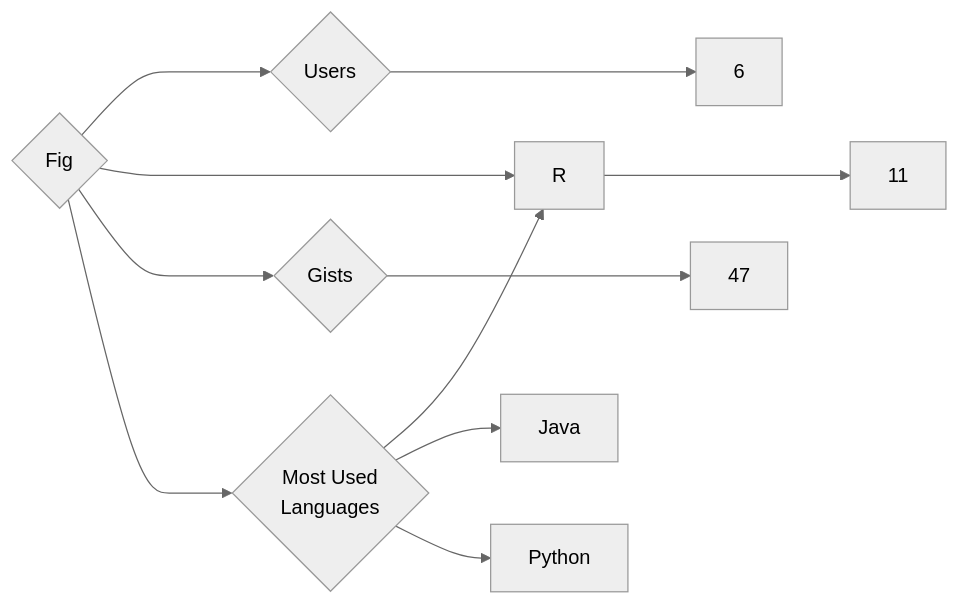
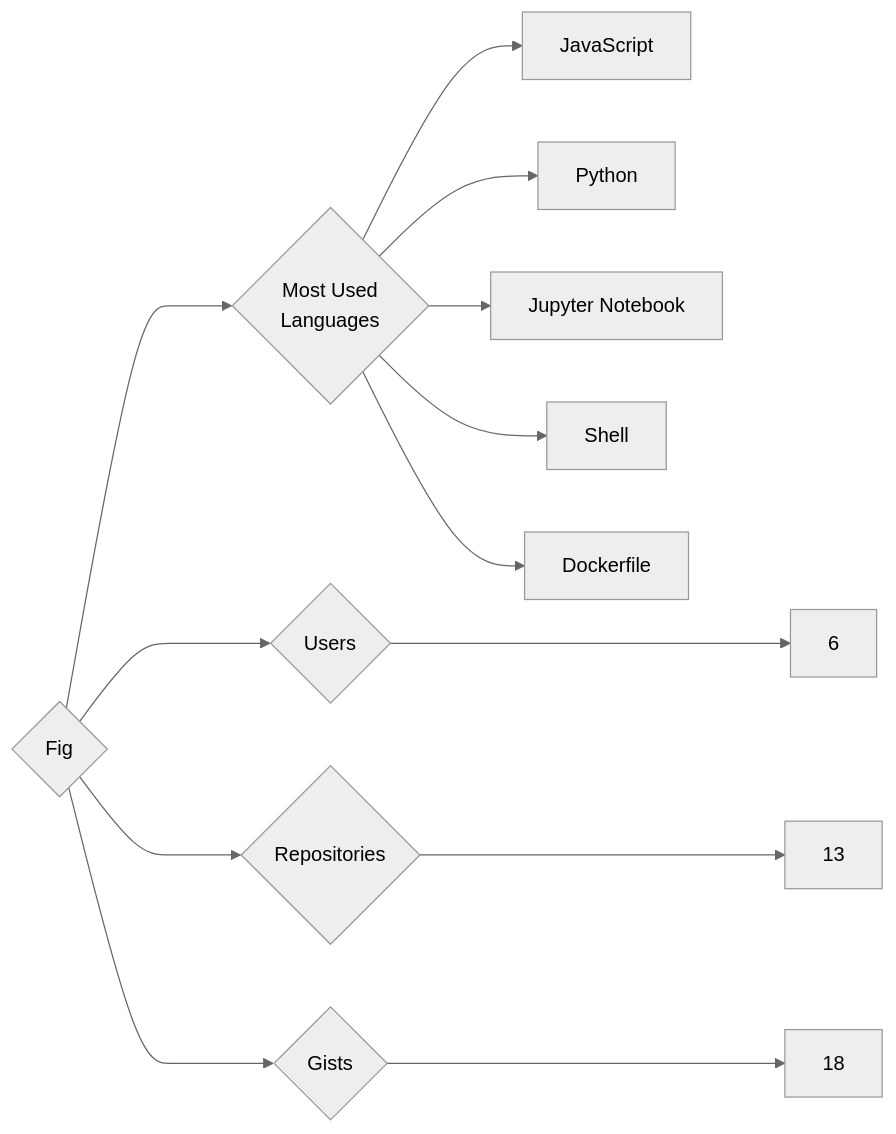
One commit to trickest/insiders changed the diagram in targets/Fig/README.md. Above: the diagram before and after it, drawn with Mermaid (neutral theme). The commit also changed 1195 other files, not shown here.

````diff
--- a/targets/Fig/README.md
+++ b/targets/Fig/README.md
@@ -3,11 +3,13 @@
 ```mermaid
 graph LR
 COMPANY_NAME{Fig}
 COMPANY_NAME ---> U{Users} ---> UN[6]
-COMPANY_NAME ---> R{Repositories} ---> RN[11]
-COMPANY_NAME ---> G{Gists} ---> GN[47]
+COMPANY_NAME ---> R{Repositories} ---> RN[13]
+COMPANY_NAME ---> G{Gists} ---> GN[18]
 COMPANY_NAME ---> ML{Most Used<br>Languages}
-ML --> R[R]
-ML --> Java[Java]
+ML --> JavaScript[JavaScript]
 ML --> Python[Python]
+ML --> Jupyter_Notebook[Jupyter Notebook]
+ML --> Shell[Shell]
+ML --> Dockerfile[Dockerfile]
 ```
````
